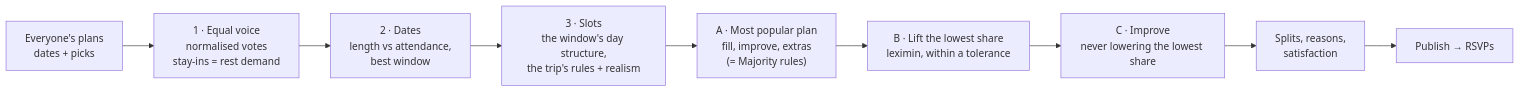
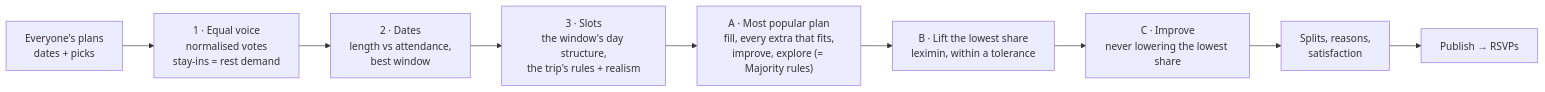
Before and after one commit to abdulaz06/caravan: the diagram in docs/CONSENSUS.md, drawn with Mermaid. The commit also changed other lines of this file and 2 other files, not shown here.

First line of the commit message:
Group plan: docs and the regenerated demo report

````diff
--- a/docs/CONSENSUS.md
+++ b/docs/CONSENSUS.md
@@ -34,11 +34,11 @@
 ```mermaid
 flowchart LR
   plans["Everyone's plans<br/>dates + picks"] --> votes["1 · Equal voice<br/>normalised votes<br/>stay-ins = rest demand"]
   votes --> dates["2 · Dates<br/>length vs attendance,<br/>best window"]
   dates --> slots["3 · Slots<br/>the window's day structure,<br/>the trip's rules + realism"]
-  slots --> A["A · Most popular plan<br/>fill, improve, extras<br/>(= Majority rules)"]
+  slots --> A["A · Most popular plan<br/>fill, every extra that fits,<br/>improve, explore (= Majority rules)"]
   A --> B["B · Lift the lowest share<br/>leximin, within a tolerance"]
   B --> C["C · Improve<br/>never lowering the lowest share"]
   C --> out["Splits, reasons,<br/>satisfaction"]
   out --> pub["Publish → RSVPs"]
 ```
````
